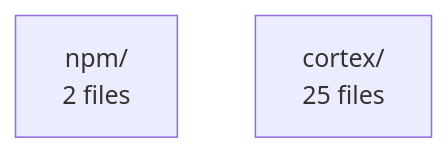
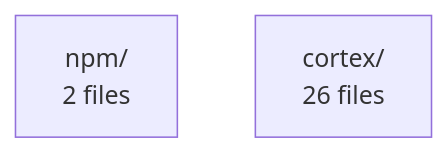
The diagram in .claude/docs/SUMMARY.md (kovalenko-tech/cortex), drawn with Mermaid before and after one commit. The commit also changed other lines of this file and 33 other files, not shown here.

````diff
--- a/.claude/docs/SUMMARY.md
+++ b/.claude/docs/SUMMARY.md
@@ -12,5 +12,5 @@
 ```mermaid
 graph TD
     npm["npm/\n2 files"]
-    cortex["cortex/\n25 files"]
+    cortex["cortex/\n26 files"]
 ```
````
